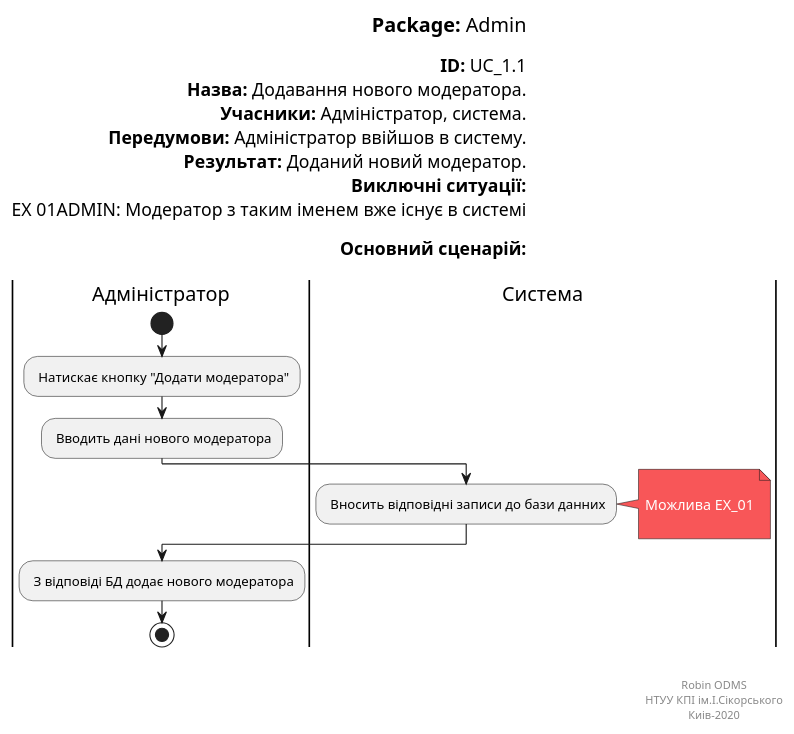
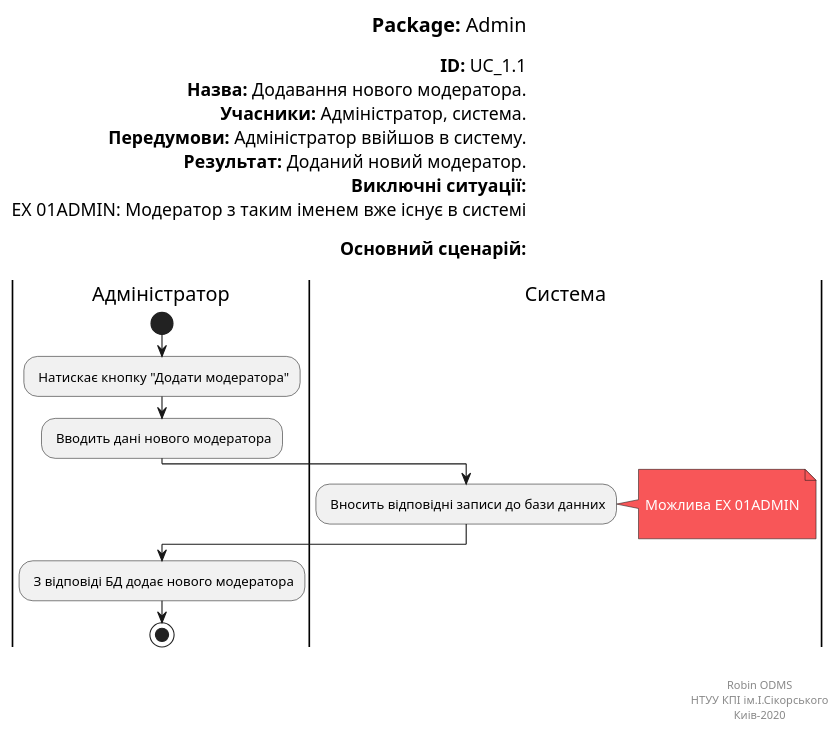
Before and after one commit to KarmazinN/db_open_data: the diagram in src/uml/UC_1.1.puml, drawn with PlantUML.

```diff
--- a/src/uml/UC_1.1.puml
+++ b/src/uml/UC_1.1.puml
@@ -1,54 +1,54 @@
 @startuml
 skinparam ArchimateBackgroundColor #ffffff
 skinparam	shadowing false
 skinparam Note {
 	BackgroundColor #f85658
 	FontColor #ffffff
 }
 
 left header
 <font color=000 size=18><b>Package:</b> Admin
 
 <font color=000 size=16><b>ID:</b> UC_1.1
 <font color=000 size=16><b>Назва:</b> Додавання нового модератора.
 <font color=000 size=16><b>Учасники:</b> Адміністратор, система.
 <font color=000 size=16><b>Передумови:</b> Адміністратор ввійшов в систему.
 <font color=000 size=16><b>Результат:</b> Доданий новий модератор.
 <font color=000 size=16><b>Виключні ситуації:</b>
 <font color=000 size=16> EX 01ADMIN: Модератор з таким іменем вже існує в системі
 
 <font color=000 size=16><b>Основний сценарій:</b>
 
 end header
 
 |Адміністратор|
 start
 : Натискає кнопку "Додати модератора";
 
 : Вводить дані нового модератора;
 
 
 |Система|
 
 : Вносить відповідні записи до бази данних;
 
 note right
 
-	Можлива EX_01
+	Можлива EX 01ADMIN
 
 end note
 
 |Адміністратор|
 
 : З відповіді БД додає нового модератора;
 
 stop;
 
 right footer
 
 
 Robin ODMS
 НТУУ КПІ ім.І.Сікорського
 Киів-2020
 end footer
 @enduml
```
